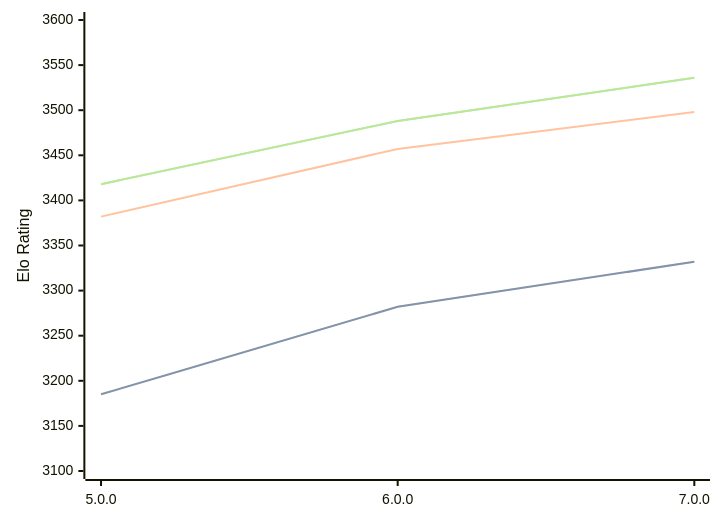
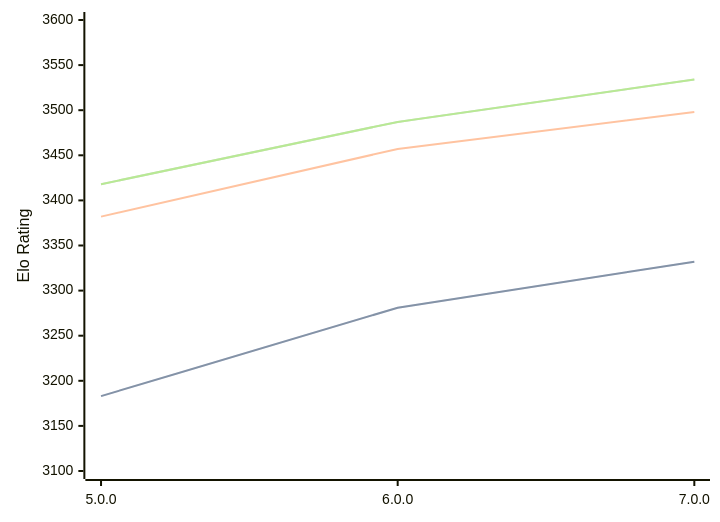
The diagram in engines/Stormphrax.md (computer-chess-index/cci), drawn with Mermaid before and after one commit. The commit also changed other lines of this file, not shown here.

Commit message:
Update CCI Ratings (ELO VLTC) - 2026-06-10

````diff
--- a/engines/Stormphrax.md
+++ b/engines/Stormphrax.md
@@ -38,11 +38,11 @@
 ```mermaid
 %%{init: {"theme":"base","themeVariables":{"seriesColors:['#a3a3a3','#222221','#faa371']}}}%%
 xychart-beta
   x-axis ["5.0.0", "6.0.0", "7.0.0"]
   y-axis "Elo Rating" 3100 --> 3600
-  line "STC (8.0+0.08s)" [3185, 3282, 3332]
-  line "STC (8.0+0.08s)" [3185, 3282, 3332]
+  line "STC (8.0+0.08s)" [3183, 3281, 3332]
+  line "STC (8.0+0.08s)" [3183, 3281, 3332]
   line "LTC (60.0+0.60s)" [3382, 3457, 3498]
-  line "VLTC (2m24s+1.12s)" [3418, 3488, 3536]
-  line "VLTC (2m24s+1.12s)" [3418, 3488, 3536]
+  line "VLTC (2m24s+1.12s)" [3418, 3487, 3534]
+  line "VLTC (2m24s+1.12s)" [3418, 3487, 3534]
 ```
````
